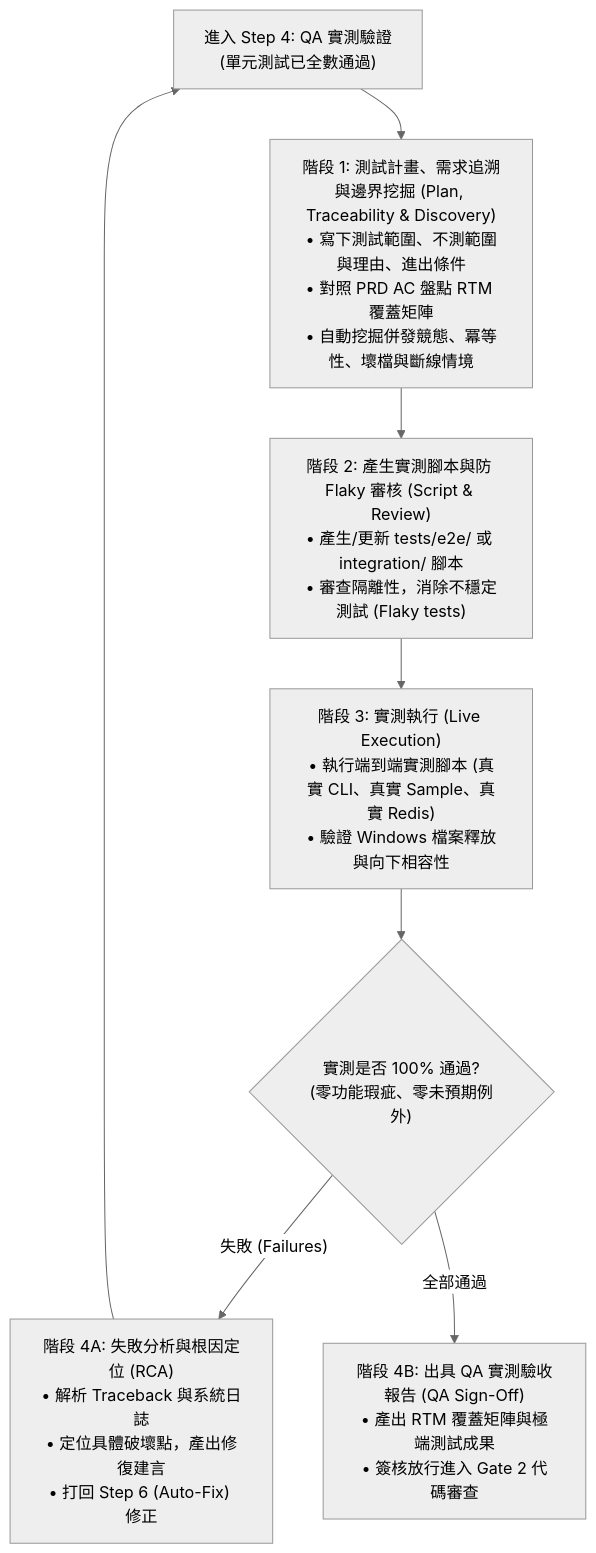
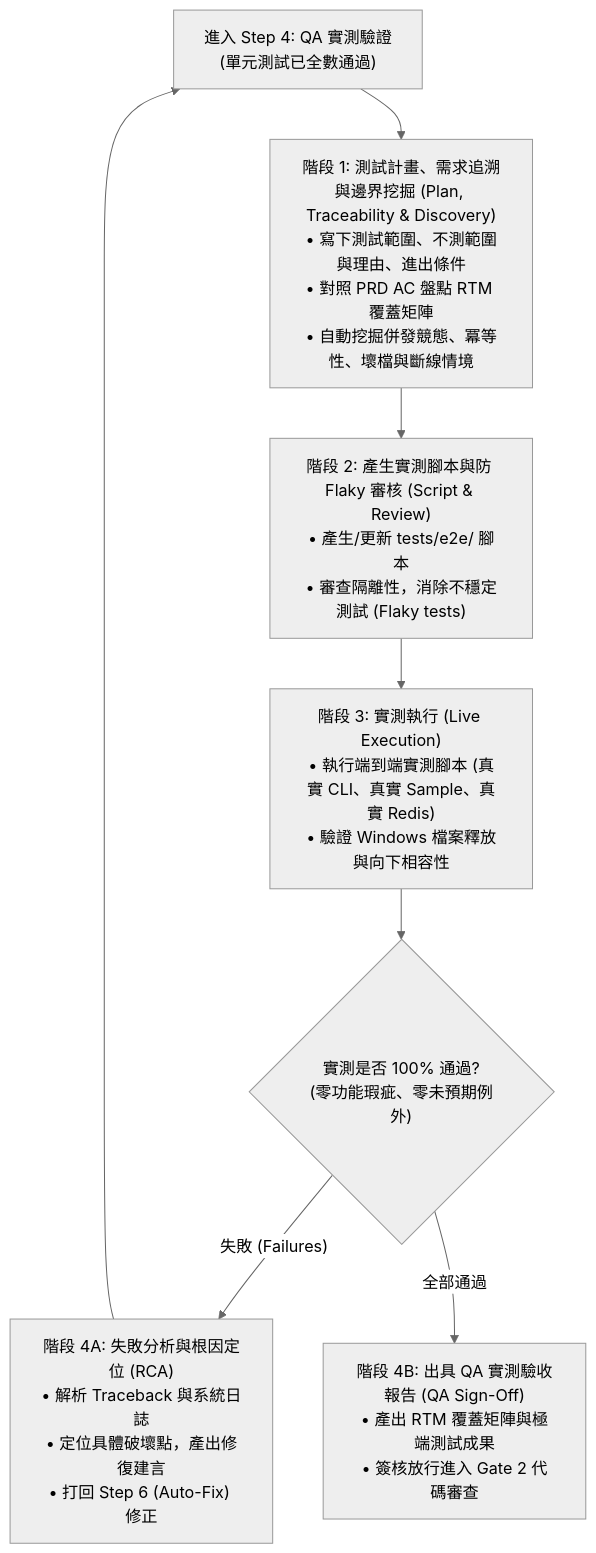
The diagram in .agents/skills/qa-testing/SKILL.md (williamcccc/resume-transform-search), drawn with Mermaid (neutral theme) before and after one commit. The commit also changed other lines of this file and 28 other files, not shown here.

````diff
--- a/.agents/skills/qa-testing/SKILL.md
+++ b/.agents/skills/qa-testing/SKILL.md
@@ -51,14 +51,14 @@
 ```mermaid
 flowchart TD
     Start["進入 Step 4: QA 實測驗證<br>(單元測試已全數通過)"] --> Phase1["階段 1: 測試計畫、需求追溯與邊界挖掘 (Plan, Traceability & Discovery)<br>• 寫下測試範圍、不測範圍與理由、進出條件<br>• 對照 PRD AC 盤點 RTM 覆蓋矩陣<br>• 自動挖掘併發競態、冪等性、壞檔與斷線情境"]
     
-    Phase1 --> Phase2["階段 2: 產生實測腳本與防 Flaky 審核 (Script & Review)<br>• 產生/更新 tests/e2e/ 或 integration/ 腳本<br>• 審查隔離性，消除不穩定測試 (Flaky tests)"]
+    Phase1 --> Phase2["階段 2: 產生實測腳本與防 Flaky 審核 (Script & Review)<br>• 產生/更新 tests/e2e/ 腳本<br>• 審查隔離性，消除不穩定測試 (Flaky tests)"]
     
     Phase2 --> Phase3["階段 3: 實測執行 (Live Execution)<br>• 執行端到端實測腳本 (真實 CLI、真實 Sample、真實 Redis)<br>• 驗證 Windows 檔案釋放與向下相容性"]
     
     Phase3 --> Check{"實測是否 100% 通過?<br>(零功能瑕疵、零未預期例外)"}
     Check -->|"失敗 (Failures)"| RCA["階段 4A: 失敗分析與根因定位 (RCA)<br>• 解析 Traceback 與系統日誌<br>• 定位具體破壞點，產出修復建言<br>• 打回 Step 6 (Auto-Fix) 修正"]
     RCA --> Start
     
     Check -->|"全部通過"| Phase4["階段 4B: 出具 QA 實測驗收報告 (QA Sign-Off)<br>• 產出 RTM 覆蓋矩陣與極端測試成果<br>• 簽核放行進入 Gate 2 代碼審查"]
 ```
````
